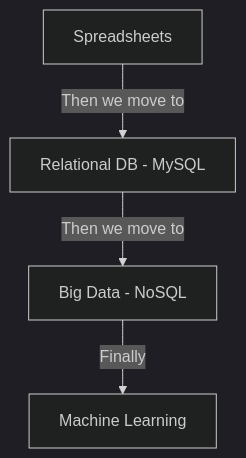
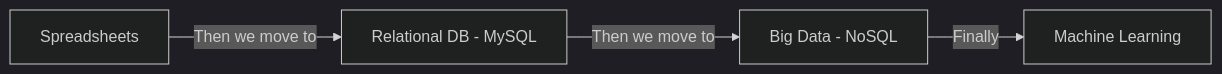
The first of 2 diagrams in README.md (aatansen/Machine-Learning-Data-Science-Bootcamp), drawn with Mermaid before and after one commit. The commit also changed other lines of this file, not shown here.

Commit message:
Diagram error fixed 😷

````diff
--- a/README.md
+++ b/README.md
@@ -66,7 +66,7 @@
 ```mermaid
 %%{init: {'theme': 'dark', "flowchart" : { "curve" : "basis" } } }%%
-graph TB
+graph LR
 A[Spreadsheets] -->|Then we move to| B[Relational DB - MySQL]
 B -->|Then we move to| C[Big Data - NoSQL]
 C -->|Finally| D[Machine Learning]
 ```
````
